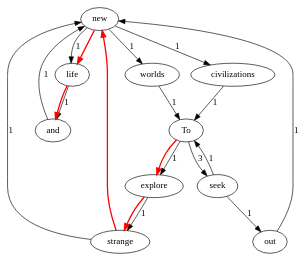
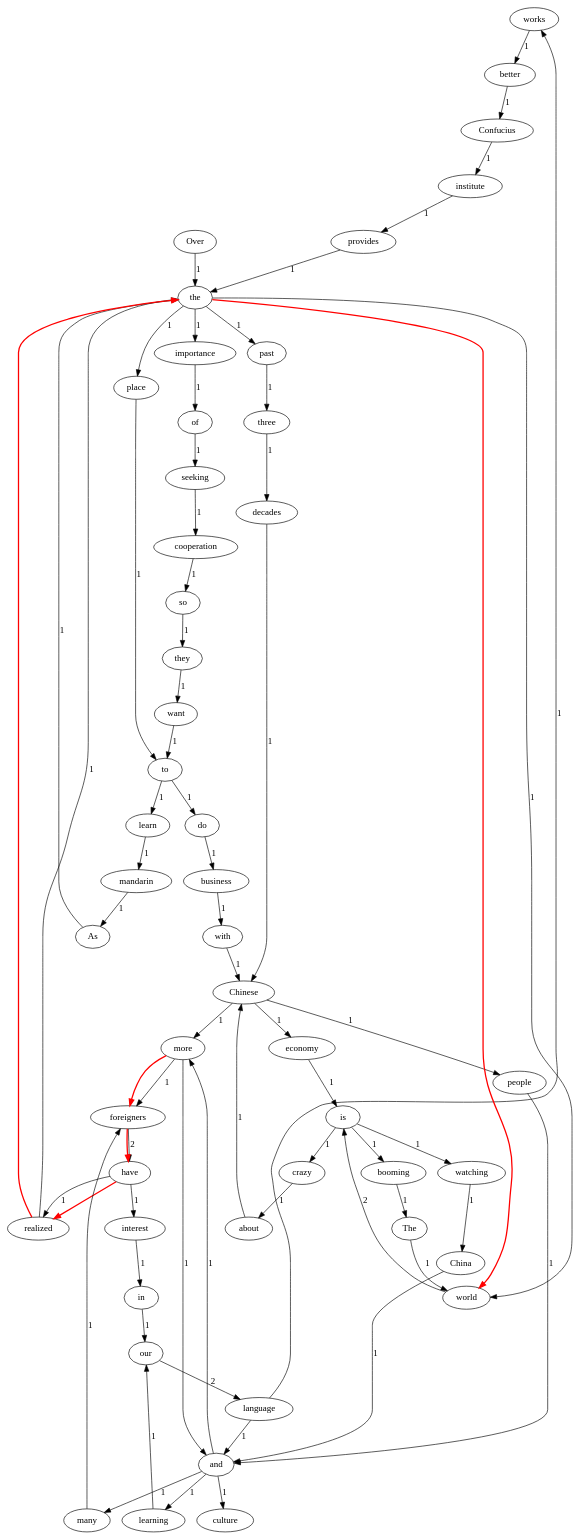
Before and after one commit to mlx111/lab1-2021112715: the diagram in dotsource.dot, drawn with Graphviz. The commit also changed 5 other files, not shown here.

```diff
--- a/dotsource.dot
+++ b/dotsource.dot
@@ -1,7 +1,7 @@
 digraph G {
-new->worlds[label="1"];new->civilizations[label="1"];new->life[label="1"];worlds->To[label="1"];explore->strange[label="1"];and->new[label="1"];To->explore[label="1"];To->seek[label="3"];civilizations->To[label="1"];seek->To[label="1"];seek->out[label="1"];strange->new[label="1"];life->and[label="1"];out->new[label="1"];To->explore [color=red, penwidth=2.0]
-explore->strange [color=red, penwidth=2.0]
-strange->new [color=red, penwidth=2.0]
-new->life [color=red, penwidth=2.0]
-life->and [color=red, penwidth=2.0]
+works->better[label="1"];foreigners->have[label="2"];importance->of[label="1"];about->Chinese[label="1"];learning->our[label="1"];language->works[label="1"];language->and[label="1"];do->business[label="1"];booming->The[label="1"];three->decades[label="1"];watching->China[label="1"];our->language[label="2"];The->world[label="1"];Over->the[label="1"];As->the[label="1"];world->is[label="2"];Confucius->institute[label="1"];interest->in[label="1"];China->and[label="1"];and->more[label="1"];and->culture[label="1"];and->learning[label="1"];and->many[label="1"];provides->the[label="1"];of->seeking[label="1"];have->interest[label="1"];have->realized[label="1"];place->to[label="1"];so->they[label="1"];they->want[label="1"];cooperation->so[label="1"];mandarin->As[label="1"];business->with[label="1"];learn->mandarin[label="1"];in->our[label="1"];past->three[label="1"];more->foreigners[label="1"];more->and[label="1"];want->to[label="1"];is->crazy[label="1"];is->booming[label="1"];is->watching[label="1"];realized->the[label="1"];economy->is[label="1"];many->foreigners[label="1"];seeking->cooperation[label="1"];people->and[label="1"];the->world[label="1"];the->past[label="1"];the->importance[label="1"];the->place[label="1"];better->Confucius[label="1"];with->Chinese[label="1"];Chinese->more[label="1"];Chinese->economy[label="1"];Chinese->people[label="1"];crazy->about[label="1"];decades->Chinese[label="1"];institute->provides[label="1"];to->learn[label="1"];to->do[label="1"];more->foreigners [color=red, penwidth=2.0]
+foreigners->have [color=red, penwidth=2.0]
+have->realized [color=red, penwidth=2.0]
+realized->the [color=red, penwidth=2.0]
+the->world [color=red, penwidth=2.0]
 }
```
